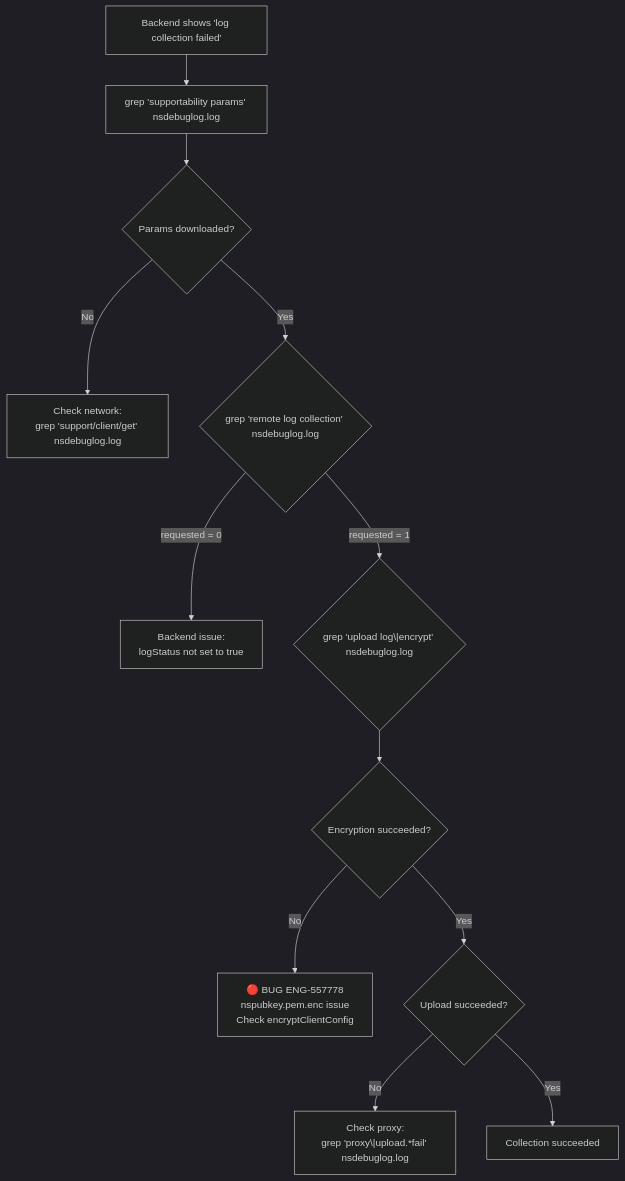
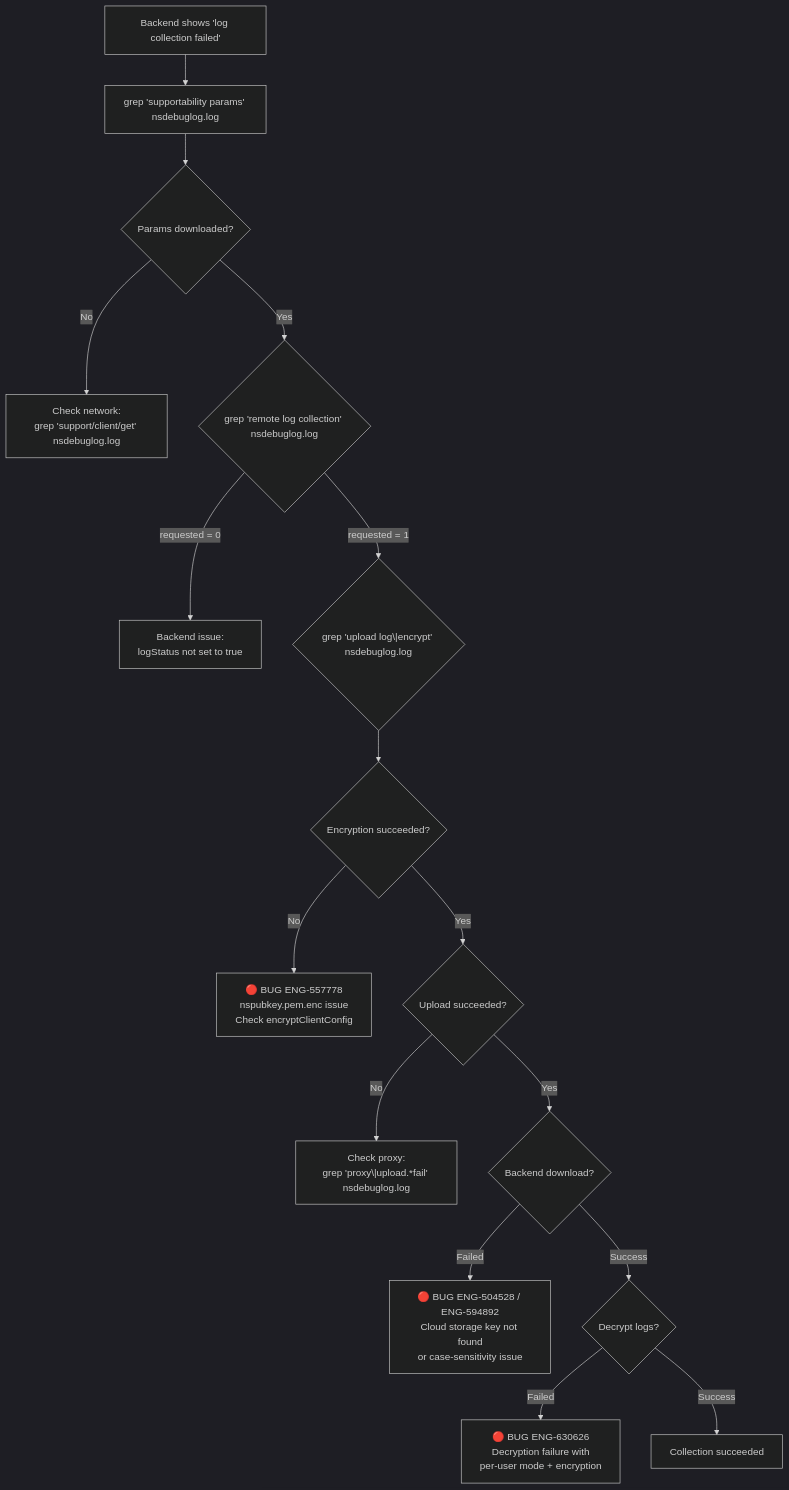
One commit to ns-klin/endpoint_system_test_plan changed the ninth of 10 diagrams in chapters/20_supportability.md. Above: the diagram before and after it, drawn with Mermaid (dark theme). The commit also changed other lines of this file and 26 other files, not shown here.

First line of the commit message:
Add 87 bugs from Excel enrichment and integrate into mermaid diagrams

````diff
--- a/chapters/20_supportability.md
+++ b/chapters/20_supportability.md
@@ -766,18 +837,23 @@
 ```mermaid
 flowchart TD
     START[Backend shows 'log collection failed'] --> CHECK_SUPP["grep 'supportability params' nsdebuglog.log"]
     CHECK_SUPP --> SUPP_OK{Params downloaded?}
 
     SUPP_OK -->|No| API_CHECK["Check network:<br/>grep 'support/client/get' nsdebuglog.log"]
     SUPP_OK -->|Yes| LOG_STATUS{"grep 'remote log collection' nsdebuglog.log"}
 
     LOG_STATUS -->|"requested = 0"| BACKEND["Backend issue:<br/>logStatus not set to true"]
     LOG_STATUS -->|"requested = 1"| UPLOAD_CHECK{"grep 'upload log\|encrypt' nsdebuglog.log"}
 
     UPLOAD_CHECK --> ENCRYPT{Encryption succeeded?}
     ENCRYPT -->|No| ENG557778["🔴 BUG ENG-557778<br/>nspubkey.pem.enc issue<br/>Check encryptClientConfig"]
     ENCRYPT -->|Yes| UPLOAD{Upload succeeded?}
 
     UPLOAD -->|No| PROXY_CHECK["Check proxy:<br/>grep 'proxy\|upload.*fail' nsdebuglog.log"]
-    UPLOAD -->|Yes| SUCCESS[Collection succeeded]
+    UPLOAD -->|Yes| DOWNLOAD{Backend download?}
+
+    DOWNLOAD -->|Failed| DL_FAIL["🔴 BUG ENG-504528 / ENG-594892<br/>Cloud storage key not found<br/>or case-sensitivity issue"]
+    DOWNLOAD -->|Success| DECRYPT_DL{Decrypt logs?}
+    DECRYPT_DL -->|Failed| DL_DECRYPT["🔴 BUG ENG-630626<br/>Decryption failure with<br/>per-user mode + encryption"]
+    DECRYPT_DL -->|Success| SUCCESS[Collection succeeded]
 ```
````
